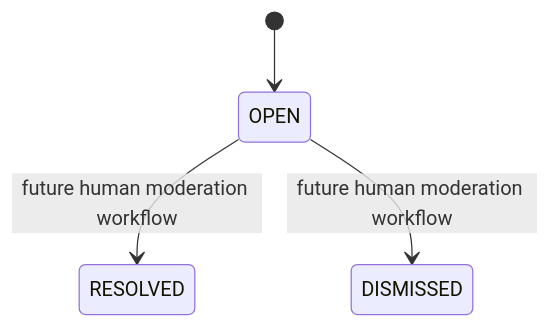
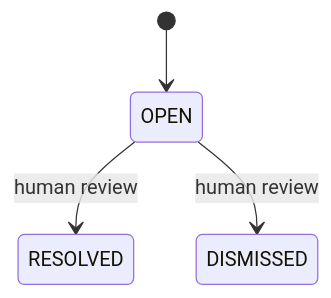
One commit to nurgeldiserikbay/QaryzLinkDocs changed the diagram in docs/01-business/MARKETPLACE_MODERATION.md. Above: the diagram before and after it, drawn with Mermaid. The commit also changed other lines of this file, not shown here.

Commit message:
docs: define gated row-level marketplace review

```diff
--- a/docs/01-business/MARKETPLACE_MODERATION.md
+++ b/docs/01-business/MARKETPLACE_MODERATION.md
@@ -105,6 +105,6 @@
 ~~~mermaid
 stateDiagram-v2
     [*] --> OPEN
-    OPEN --> RESOLVED: future human moderation workflow
-    OPEN --> DISMISSED: future human moderation workflow
+    OPEN --> RESOLVED: human review
+    OPEN --> DISMISSED: human review
 ~~~
```
